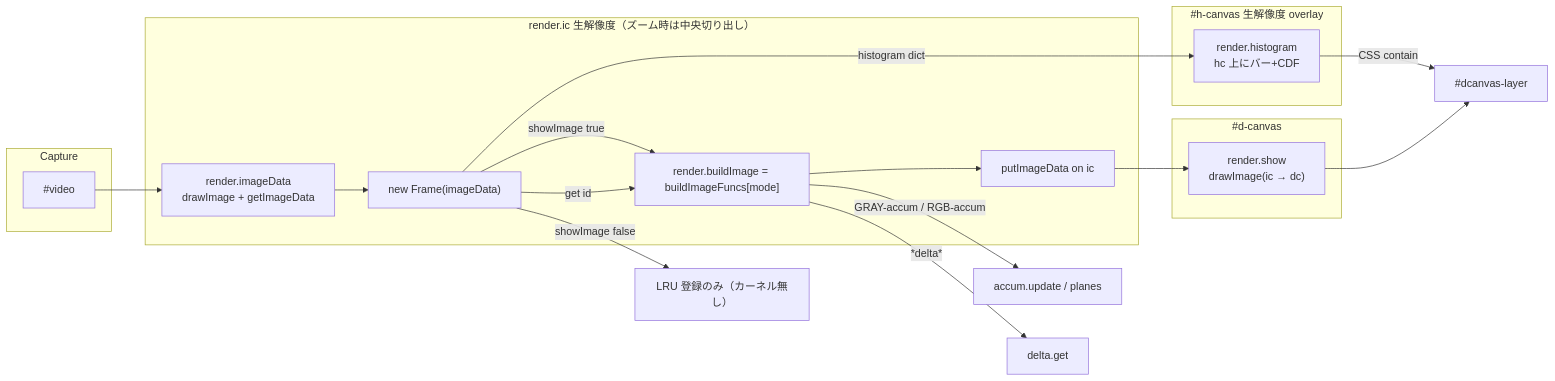
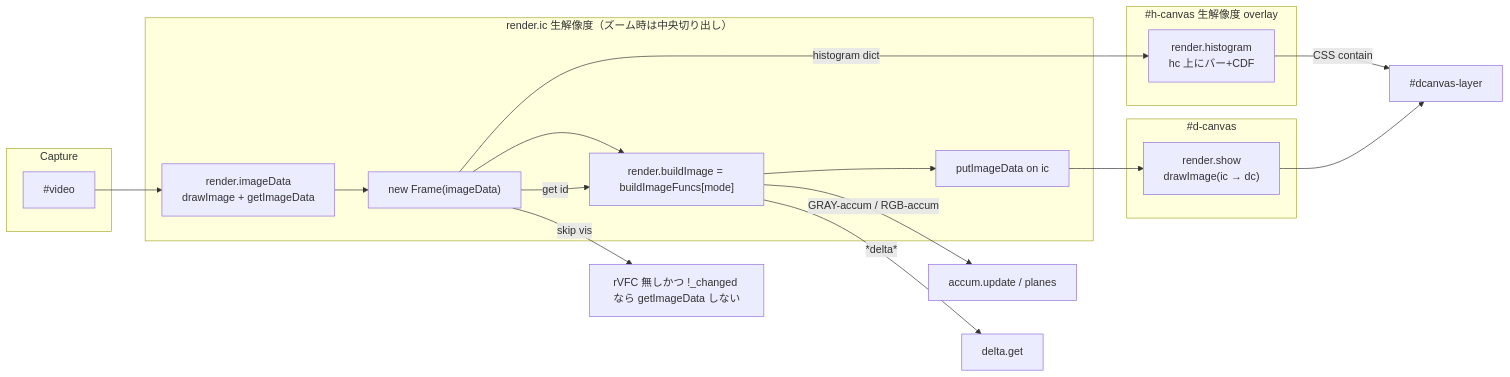
The second of 4 diagrams in jscam/cam2-design.md (mfujimoto-code/JSCam), drawn with Mermaid before and after one commit. The commit also changed other lines of this file and 1 other file, not shown here.

````diff
--- a/jscam/cam2-design.md
+++ b/jscam/cam2-design.md
@@ -235,32 +234,32 @@
 ```mermaid
 flowchart LR
   subgraph Capture
     V["#video"]
   end
 
   subgraph Internal["render.ic 生解像度（ズーム時は中央切り出し）"]
     GI["render.imageData<br/>drawImage + getImageData"]
     FR["new Frame(imageData)"]
     BI["render.buildImage = buildImageFuncs[mode]"]
     PI["putImageData on ic"]
   end
 
   subgraph Overlay["#h-canvas 生解像度 overlay"]
     HG["render.histogram<br/>hc 上にバー+CDF"]
   end
 
   subgraph Display["#d-canvas"]
     SH["render.show<br/>drawImage(ic → dc)"]
   end
 
   V --> GI --> FR
-  FR -->|showImage true| BI
+  FR --> BI
   BI --> PI --> SH
   FR -->|get id| BI
   FR -->|histogram dict| HG
   BI -->|GRAY-accum / RGB-accum| AccumObj["accum.update / planes"]
   BI -->|*delta*| DeltaObj["delta.get"]
-  FR -->|showImage false| LRU["LRU 登録のみ（カーネル無し）"]
+  FR -->|skip vis| Skip["rVFC 無しかつ !_changed なら getImageData しない"]
   HG -->|CSS contain| Layer["#dcanvas-layer"]
   SH --> Layer
 ```
````
